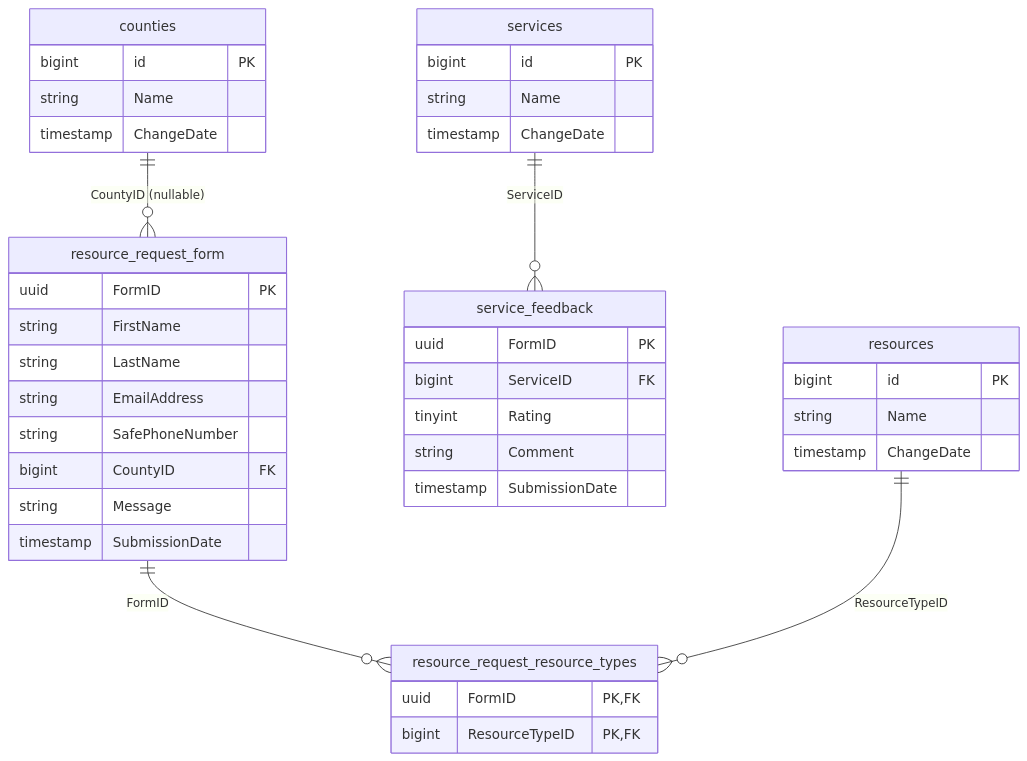
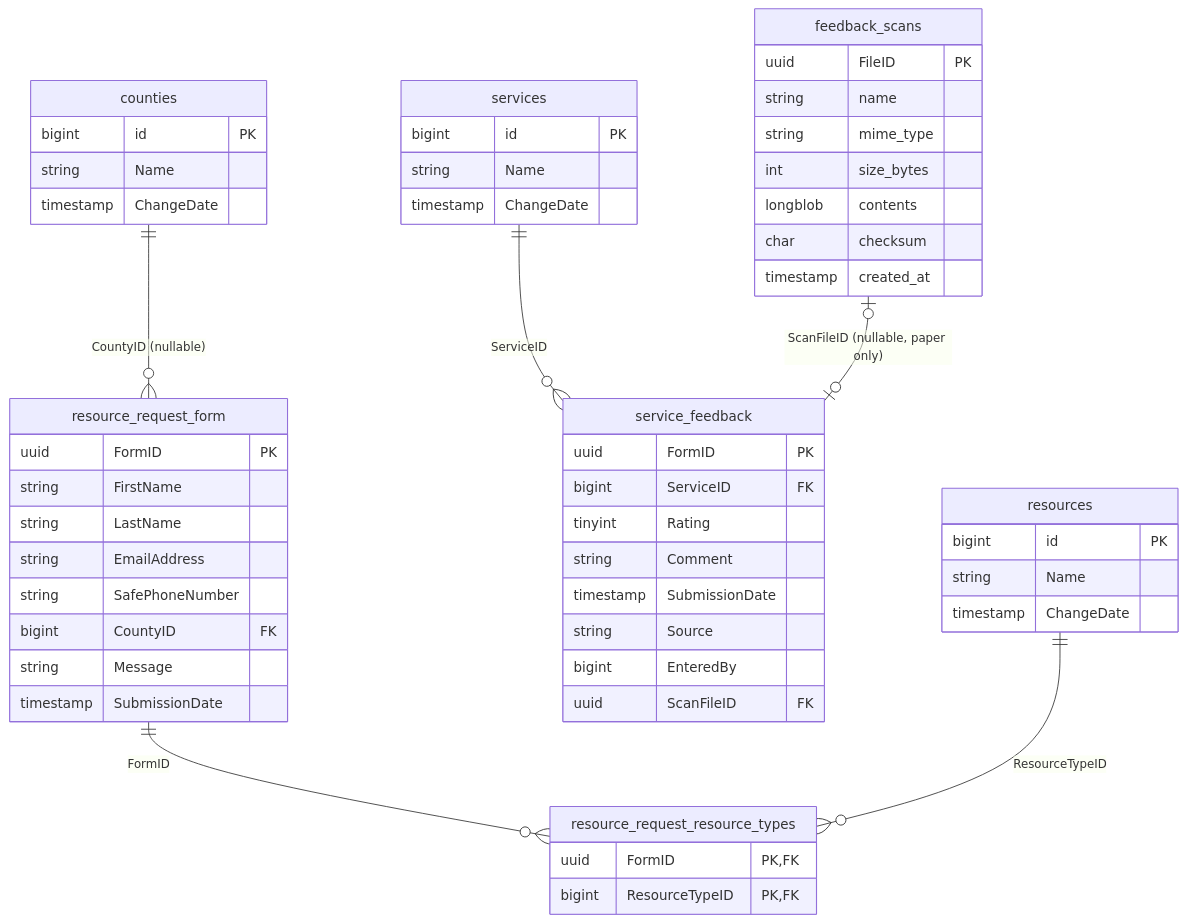
One commit to bhuddlez2/HarborSafeProject changed the second of 3 diagrams in Schema_Reference.md. Above: the diagram before and after it, drawn with Mermaid. The commit also changed other lines of this file and 14 other files, not shown here.

First line of the commit message:
Let admins and secretaries enter paper service-feedback forms

````diff
--- a/Schema_Reference.md
+++ b/Schema_Reference.md
@@ -152,44 +152,57 @@
 ```mermaid
 erDiagram
     services {
         bigint id PK
         string Name
         timestamp ChangeDate
     }
     resources {
         bigint id PK
         string Name
         timestamp ChangeDate
     }
     counties {
         bigint id PK
         string Name
         timestamp ChangeDate
     }
     service_feedback {
         uuid FormID PK
         bigint ServiceID FK
         tinyint Rating
         string Comment
         timestamp SubmissionDate
+        string Source
+        bigint EnteredBy
+        uuid ScanFileID FK
+    }
+    feedback_scans {
+        uuid FileID PK
+        string name
+        string mime_type
+        int size_bytes
+        longblob contents
+        char checksum
+        timestamp created_at
     }
     resource_request_form {
         uuid FormID PK
         string FirstName
         string LastName
         string EmailAddress
         string SafePhoneNumber
         bigint CountyID FK
         string Message
         timestamp SubmissionDate
     }
     resource_request_resource_types {
         uuid FormID PK,FK
         bigint ResourceTypeID PK,FK
     }
 
     services ||--o{ service_feedback : "ServiceID"
+    feedback_scans |o--o| service_feedback : "ScanFileID (nullable, paper only)"
     counties ||--o{ resource_request_form : "CountyID (nullable)"
     resource_request_form ||--o{ resource_request_resource_types : "FormID"
     resources ||--o{ resource_request_resource_types : "ResourceTypeID"
 ```
````
